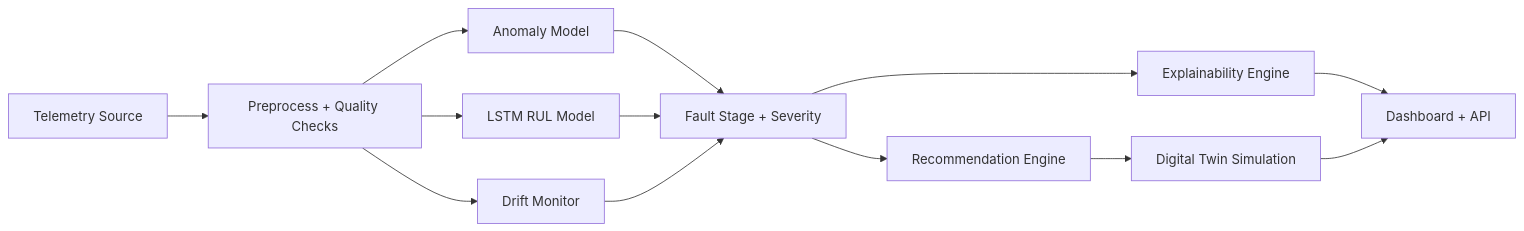
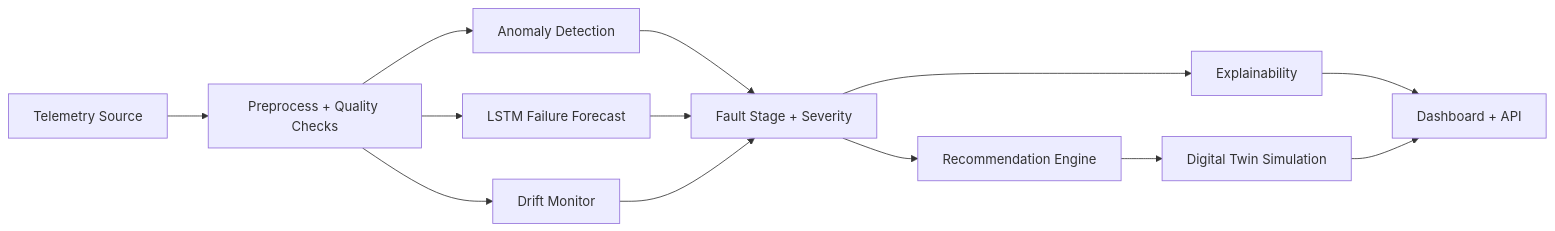
The diagram in spaceops_ai/README.md (manikx22/SpaceAI), drawn with Mermaid before and after one commit. The commit also changed other lines of this file and 14 other files, not shown here.

````diff
--- a/spaceops_ai/README.md
+++ b/spaceops_ai/README.md
@@ -47,15 +84,15 @@
 ```mermaid
 flowchart LR
     A["Telemetry Source"] --> B["Preprocess + Quality Checks"]
-    B --> C["Anomaly Model"]
-    B --> D["LSTM RUL Model"]
+    B --> C["Anomaly Detection"]
+    B --> D["LSTM Failure Forecast"]
     B --> E["Drift Monitor"]
     C --> F["Fault Stage + Severity"]
     D --> F
     E --> F
-    F --> G["Explainability Engine"]
+    F --> G["Explainability"]
     F --> H["Recommendation Engine"]
     H --> I["Digital Twin Simulation"]
     G --> J["Dashboard + API"]
     I --> J
 ```
````
